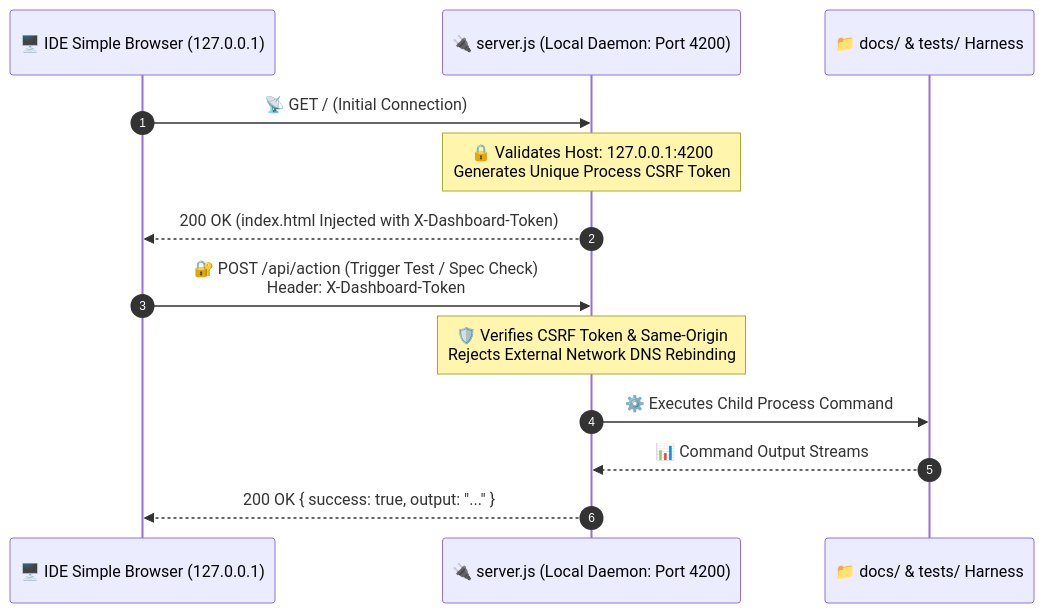
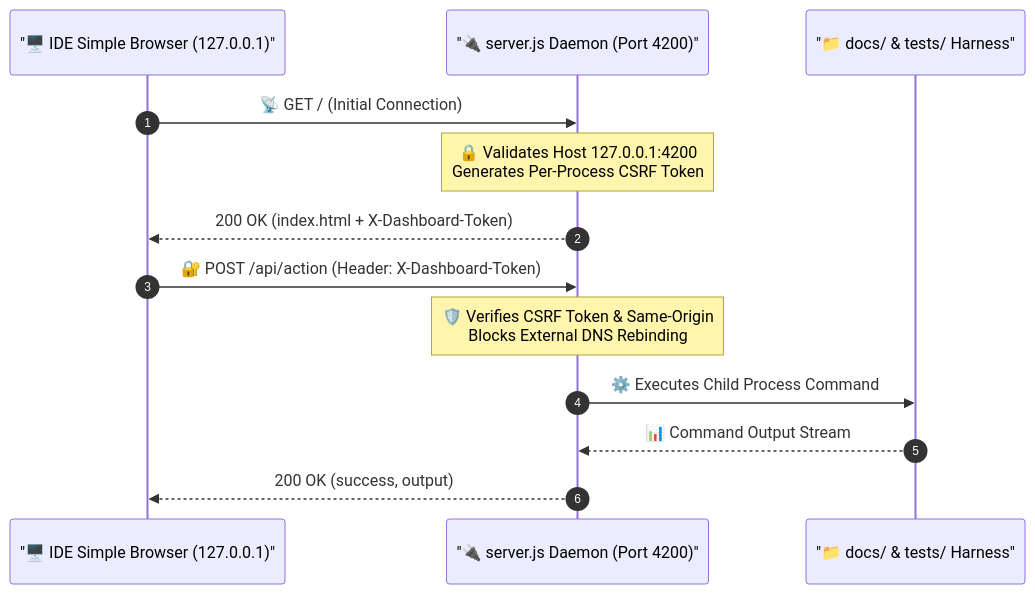
Before and after one commit to ChandanAY-24/Agentic-Development-ChandanAY: the fourth of 4 diagrams in SDD-Vibe-Framework/Project-Manager-Dashboard/README.md, drawn with Mermaid. The commit also changed other lines of this file and 13 other files, not shown here.

Commit message:
docs: polish Mermaid diagrams across READMEs and guides

````diff
--- a/SDD-Vibe-Framework/Project-Manager-Dashboard/README.md
+++ b/SDD-Vibe-Framework/Project-Manager-Dashboard/README.md
@@ -145,17 +179,17 @@
 ```mermaid
 sequenceDiagram
     autonumber
-    participant IDE as 🖥️ IDE Simple Browser (127.0.0.1)
-    participant Daemon as 🔌 server.js (Local Daemon: Port 4200)
-    participant Core as 📁 docs/ & tests/ Harness
+    participant IDE as "🖥️ IDE Simple Browser (127.0.0.1)"
+    participant Daemon as "🔌 server.js Daemon (Port 4200)"
+    participant Core as "📁 docs/ & tests/ Harness"
 
     IDE->>Daemon: 📡 GET / (Initial Connection)
-    Note over Daemon: 🔒 Validates Host: 127.0.0.1:4200<br/>Generates Unique Process CSRF Token
-    Daemon-->>IDE: 200 OK (index.html Injected with X-Dashboard-Token)
+    Note over Daemon: 🔒 Validates Host 127.0.0.1:4200<br/>Generates Per-Process CSRF Token
+    Daemon-->>IDE: 200 OK (index.html + X-Dashboard-Token)
 
-    IDE->>Daemon: 🔐 POST /api/action (Trigger Test / Spec Check)<br/>Header: X-Dashboard-Token
-    Note over Daemon: 🛡️ Verifies CSRF Token & Same-Origin<br/>Rejects External Network DNS Rebinding
+    IDE->>Daemon: 🔐 POST /api/action (Header: X-Dashboard-Token)
+    Note over Daemon: 🛡️ Verifies CSRF Token & Same-Origin<br/>Blocks External DNS Rebinding
     Daemon->>Core: ⚙️ Executes Child Process Command
-    Core-->>Daemon: 📊 Command Output Streams
-    Daemon-->>IDE: 200 OK { success: true, output: "..." }
+    Core-->>Daemon: 📊 Command Output Stream
+    Daemon-->>IDE: 200 OK (success, output)
 ```
````
